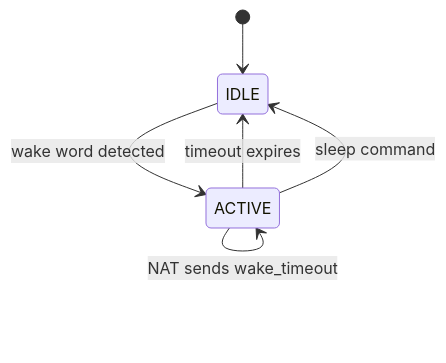
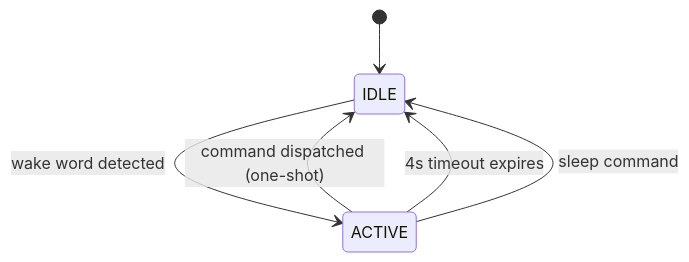
Before and after one commit to smerkousdavid/LabOS-Runtime: the third of 4 diagrams in xr_runtime/voice_bridge/README.md, drawn with Mermaid. The commit also changed other lines of this file and 14 other files, not shown here.

````diff
--- a/xr_runtime/voice_bridge/README.md
+++ b/xr_runtime/voice_bridge/README.md
@@ -97,9 +115,8 @@
 ```mermaid
 stateDiagram-v2
     [*] --> IDLE
     IDLE --> ACTIVE: wake word detected
-    ACTIVE --> IDLE: timeout expires
+    ACTIVE --> IDLE: command dispatched (one-shot)
+    ACTIVE --> IDLE: 4s timeout expires
     ACTIVE --> IDLE: sleep command
-    ACTIVE --> ACTIVE: user speaks (reset timer)
-    ACTIVE --> ACTIVE: NAT sends wake_timeout
 ```
````
